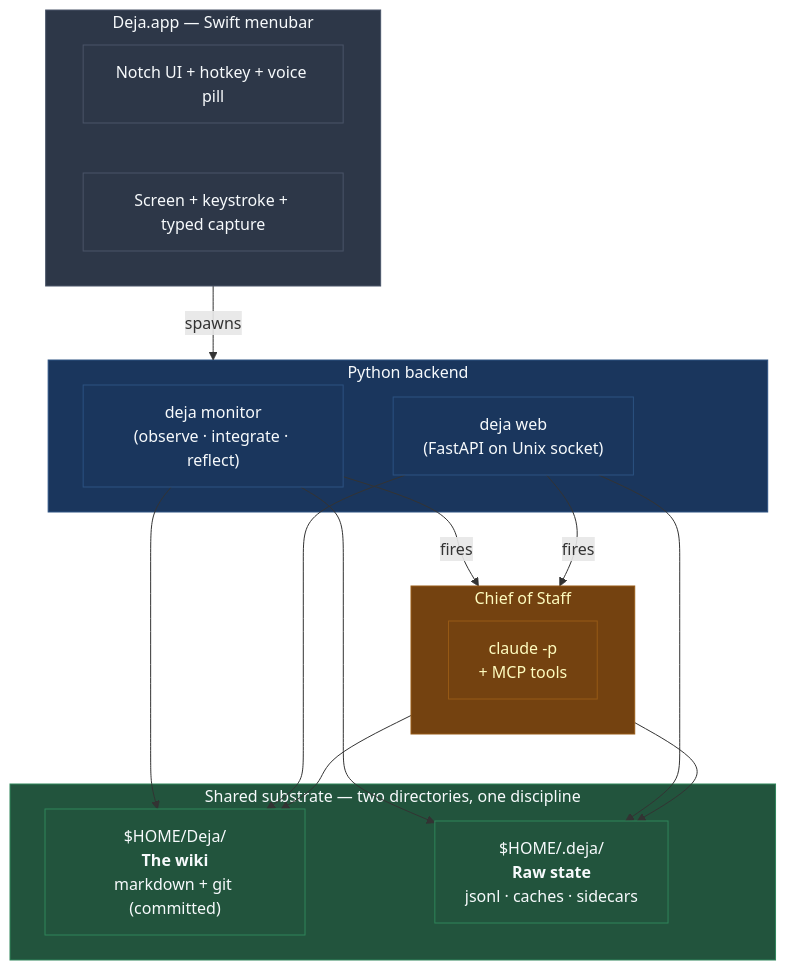
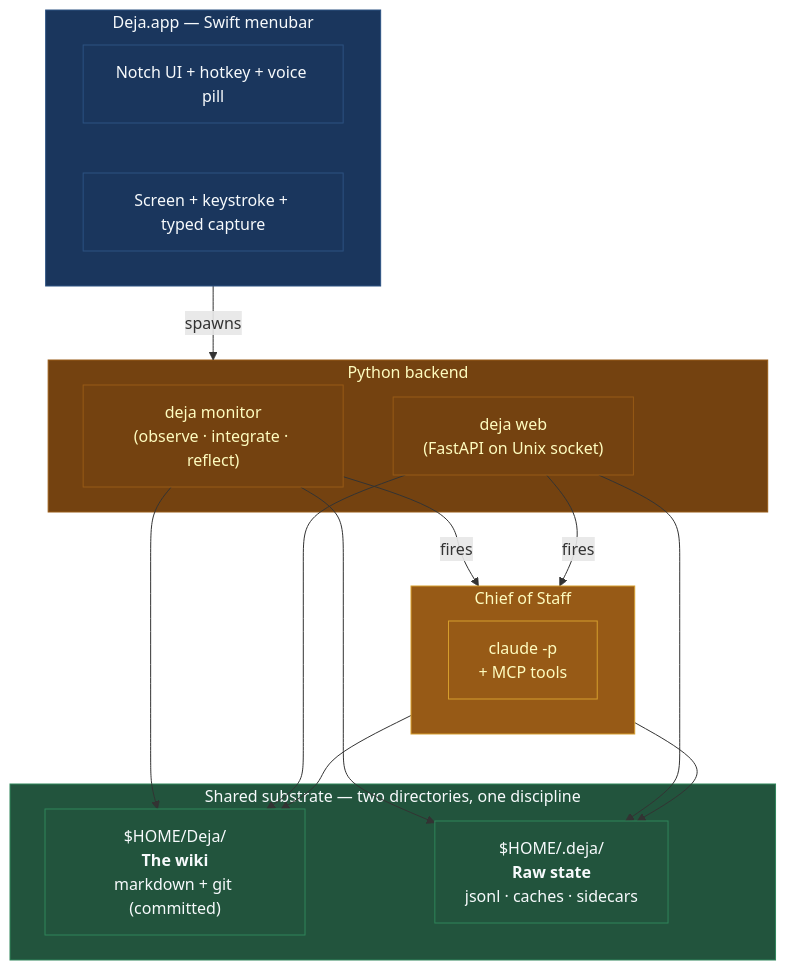
One commit to dwurtz/lighthouse changed the diagram in docs-site/docs/index.md. Above: the diagram before and after it, drawn with Mermaid. The commit also changed other lines of this file and 11 other files, not shown here.

````diff
--- a/docs-site/docs/index.md
+++ b/docs-site/docs/index.md
@@ -9,40 +9,41 @@
 ```mermaid
 flowchart TB
     subgraph SwiftApp["Deja.app — Swift menubar"]
         UI[Notch UI + hotkey + voice pill]
         Cap[Screen + keystroke + typed capture]
     end
 
     subgraph Python["Python backend"]
         Monitor["deja monitor<br/>(observe · integrate · reflect)"]
         Web["deja web<br/>(FastAPI on Unix socket)"]
     end
 
     subgraph Storage["Shared substrate — two directories, one discipline"]
         Wiki["$HOME/Deja/<br/><b>The wiki</b><br/>markdown + git (committed)"]
         State["$HOME/.deja/<br/><b>Raw state</b><br/>jsonl · caches · sidecars"]
     end
 
     subgraph Cos["Chief of Staff"]
         C["claude -p<br/>+ MCP tools"]
     end
 
     SwiftApp -- spawns --> Python
     Monitor --> Wiki
     Monitor --> State
     Web --> Wiki
     Web --> State
     Monitor -- fires --> Cos
     Web -- fires --> Cos
     Cos --> Wiki
     Cos --> State
 
-    classDef swift fill:#2d3748,stroke:#4a5568,color:#f7fafc
-    classDef py fill:#1a365d,stroke:#2c5282,color:#f7fafc
-    classDef store fill:#22543d,stroke:#2f855a,color:#f7fafc
-    classDef cos fill:#744210,stroke:#975a16,color:#fefcbf
-    class SwiftApp,UI,Cap swift
-    class Python,Monitor,Web py
-    class Storage,Wiki,State store
+    classDef source  fill:#1a365d,stroke:#2c5282,color:#f7fafc
+    classDef wiki    fill:#22543d,stroke:#2f855a,color:#f7fafc
+    classDef process fill:#744210,stroke:#975a16,color:#fefcbf
+    classDef cos     fill:#975a16,stroke:#d69e2e,color:#fefcbf
+    classDef aside   fill:#3d3d3d,stroke:#555,color:#ccc
+    class SwiftApp,UI,Cap source
+    class Python,Monitor,Web process
+    class Storage,Wiki,State wiki
     class Cos,C cos
 ```
````
